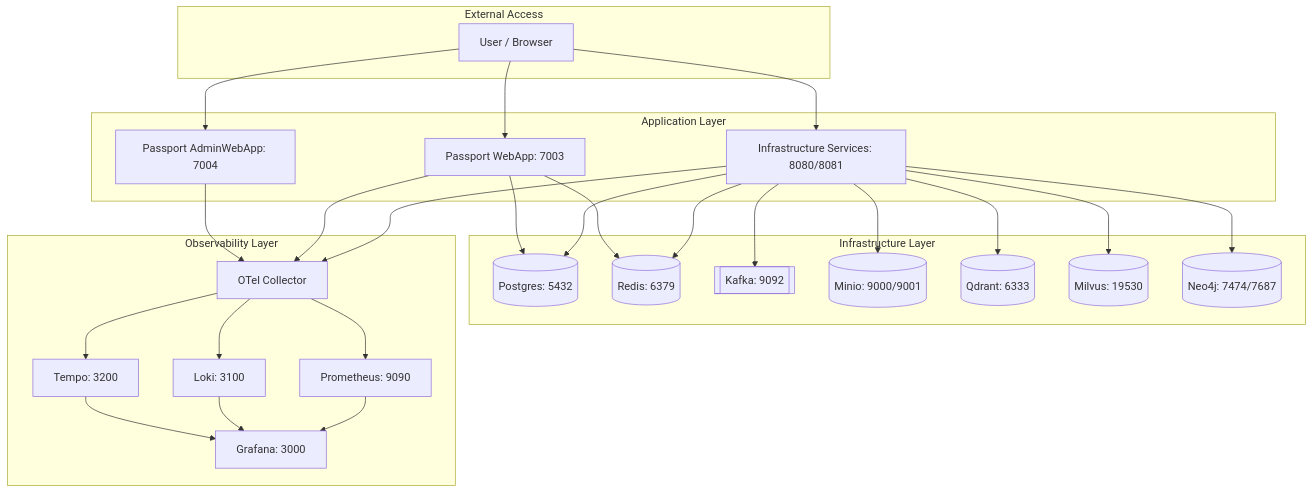
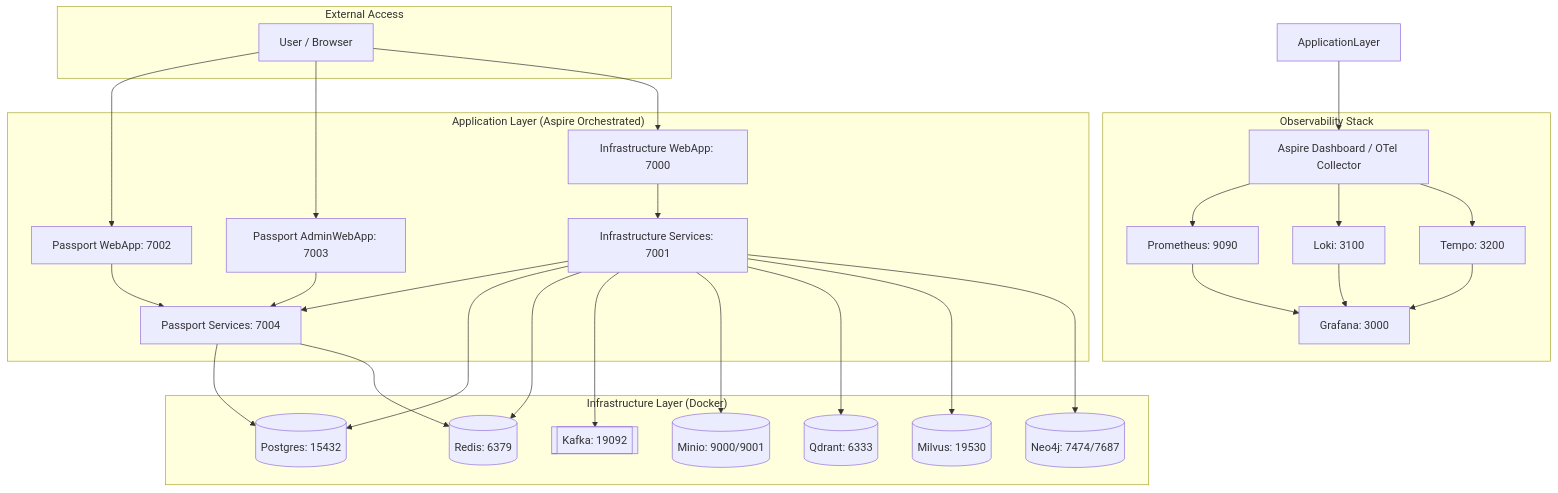
One commit to questflag/qf-apps changed the diagram in docs/deployment.md. Above: the diagram before and after it, drawn with Mermaid. The commit also changed other lines of this file and 9 other files, not shown here.

````diff
--- a/docs/deployment.md
+++ b/docs/deployment.md
@@ -7,56 +9,60 @@
 ```mermaid
 graph TD
     subgraph "External Access"
         UA[User / Browser]
     end
 
-    subgraph "Application Layer"
-        PWA[Passport WebApp: 7003]
-        PAWA[Passport AdminWebApp: 7004]
-        IS[Infrastructure Services: 8080/8081]
+    subgraph "Application Layer (Aspire Orchestrated)"
+        PWA[Passport WebApp: 7002]
+        PAWA[Passport AdminWebApp: 7003]
+        PS[Passport Services: 7004]
+        IWA[Infrastructure WebApp: 7000]
+        IS[Infrastructure Services: 7001]
     end
 
-    subgraph "Infrastructure Layer"
-        PG[(Postgres: 5432)]
+    subgraph "Infrastructure Layer (Docker)"
+        PG[(Postgres: 15432)]
         RD[(Redis: 6379)]
-        KF[[Kafka: 9092]]
+        KF[[Kafka: 19092]]
         MN[(Minio: 9000/9001)]
         QD[(Qdrant: 6333)]
         MV[(Milvus: 19530)]
         NJ[(Neo4j: 7474/7687)]
     end
 
-    subgraph "Observability Layer"
-        OTEL[OTel Collector]
+    subgraph "Observability Stack"
+        OTEL[Aspire Dashboard / OTel Collector]
         PROM[Prometheus: 9090]
         GF[Grafana: 3000]
         LK[Loki: 3100]
         TM[Tempo: 3200]
     end
 
     UA --> PWA
     UA --> PAWA
-    UA --> IS
-
+    UA --> IWA
+    
+    IWA --> IS
+    IS --> PS
+    PAWA --> PS
+    PWA --> PS
+    
     IS --> PG
     IS --> RD
     IS --> KF
     IS --> MN
     IS --> QD
     IS --> MV
     IS --> NJ
 
-    PWA --> PG
-    PWA --> RD
+    PS --> PG
+    PS --> RD
 
-    IS --> OTEL
-    PWA --> OTEL
-    PAWA --> OTEL
-
+    ApplicationLayer --> OTEL
     OTEL --> PROM
     OTEL --> LK
     OTEL --> TM
     PROM --> GF
     LK --> GF
     TM --> GF
 ```
````
